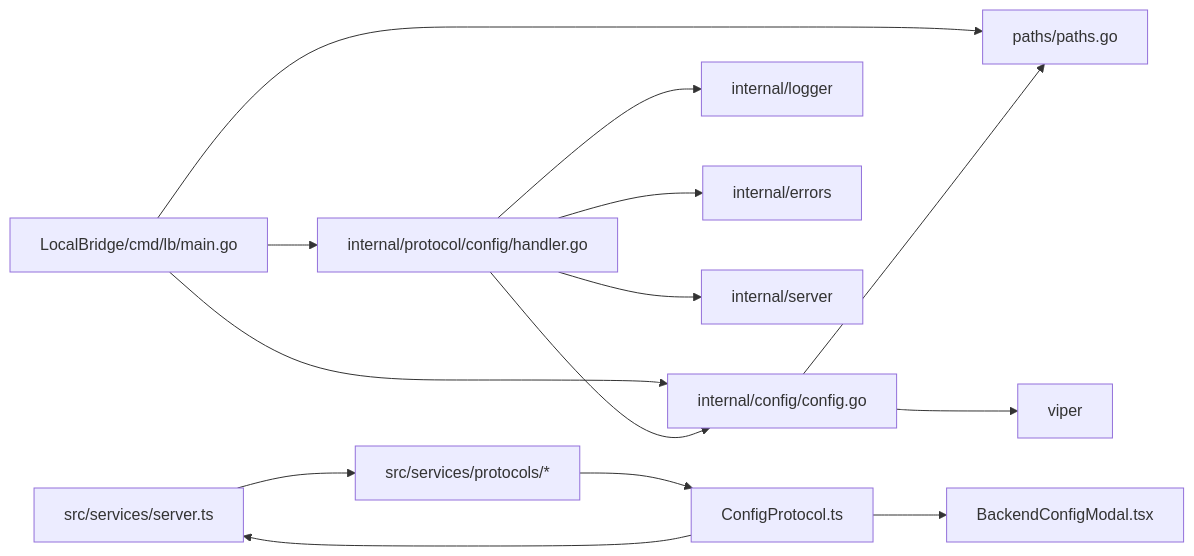
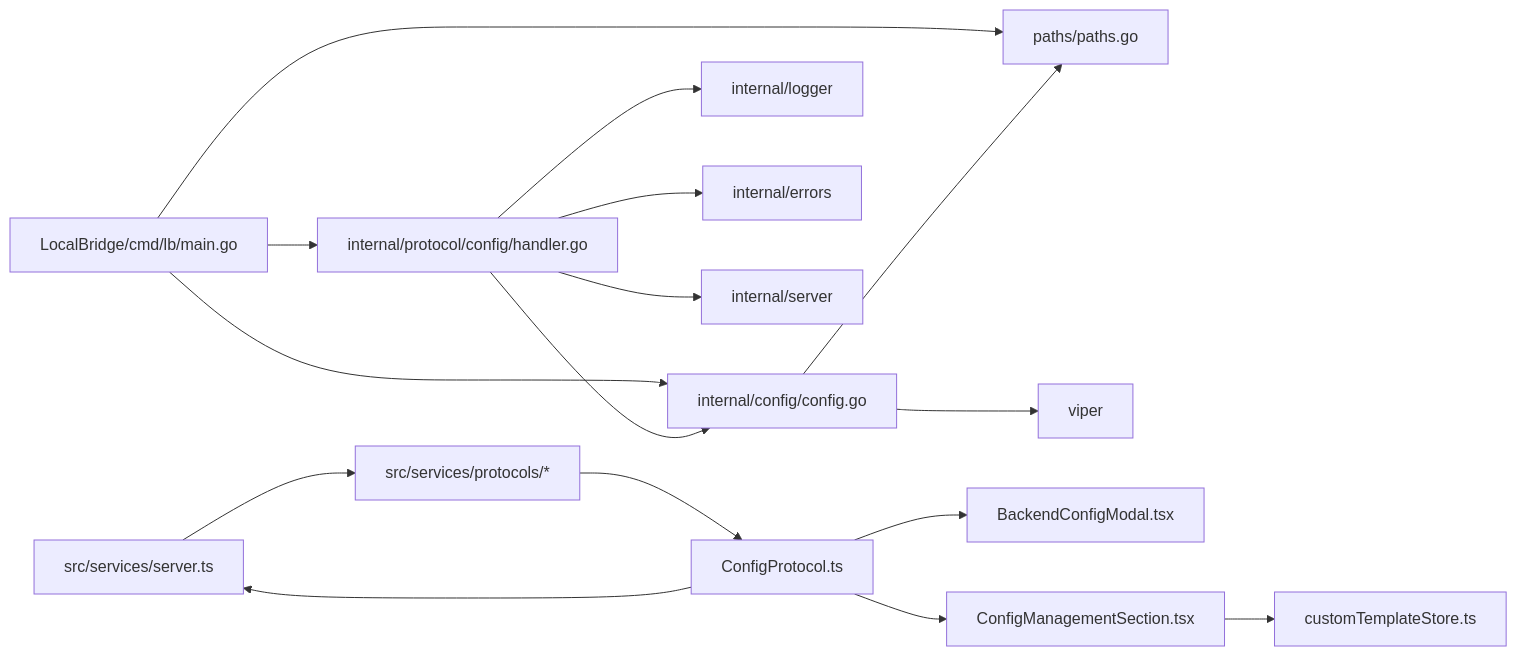
Before and after one commit to kqcoxn/MaaPipelineEditor: the eighth of 8 diagrams in .qoder/repowiki/zh/content/核心概念/配置持久化.md, drawn with Mermaid. The commit also changed other lines of this file and 10 other files, not shown here.

````diff
--- a/.qoder/repowiki/zh/content/核心概念/配置持久化.md
+++ b/.qoder/repowiki/zh/content/核心概念/配置持久化.md
@@ -332,16 +401,18 @@
 ```mermaid
 graph LR
 Main["LocalBridge/cmd/lb/main.go"] --> Paths["paths/paths.go"]
 Main --> CfgGo["internal/config/config.go"]
 Main --> ProtoCfg["internal/protocol/config/handler.go"]
 CfgGo --> Viper["viper"]
 CfgGo --> Paths
 ProtoCfg --> CfgGo
 ProtoCfg --> Logger["internal/logger"]
 ProtoCfg --> Errors["internal/errors"]
 ProtoCfg --> Server["internal/server"]
 FE_WS["src/services/server.ts"] --> FE_Protos["src/services/protocols/*"]
 FE_Protos --> FE_ConfigProto["ConfigProtocol.ts"]
 FE_ConfigProto --> FE_WS
 FE_ConfigProto --> FE_BackendModal["BackendConfigModal.tsx"]
+FE_ConfigProto --> FE_ConfigMgmt["ConfigManagementSection.tsx"]
+FE_ConfigMgmt --> FE_TemplateStore["customTemplateStore.ts"]
 ```
````
